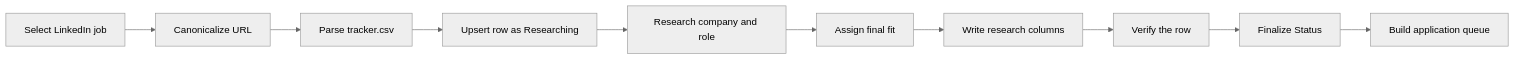
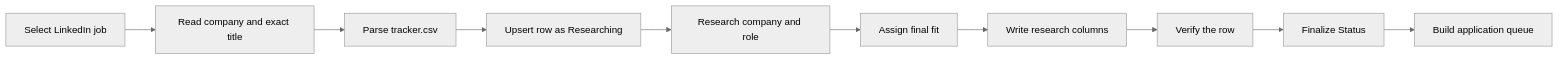
One commit to fsw0422/skills changed the first of 3 diagrams in linkedin-job-pilot/references/discovery-tracking.md. Above: the diagram before and after it, drawn with Mermaid (neutral theme). The commit also changed other lines of this file and 6 other files, not shown here.

First line of the commit message:
linkedin-job-pilot: drop the LinkedIn URL column, identify rows by Company and Role (#1)

```diff
--- a/linkedin-job-pilot/references/discovery-tracking.md
+++ b/linkedin-job-pilot/references/discovery-tracking.md
@@ -17,12 +17,12 @@
 ~~~mermaid
 flowchart LR
-    A[Select LinkedIn job] --> B[Canonicalize URL]
+    A[Select LinkedIn job] --> B[Read company and exact title]
     B --> C[Parse tracker.csv]
     C --> D[Upsert row as Researching]
     D --> E[Research company and role]
     E --> F[Assign final fit]
     F --> G[Write research columns]
     G --> H[Verify the row]
     H --> J[Finalize Status]
     J --> K[Build application queue]
 ~~~
```
